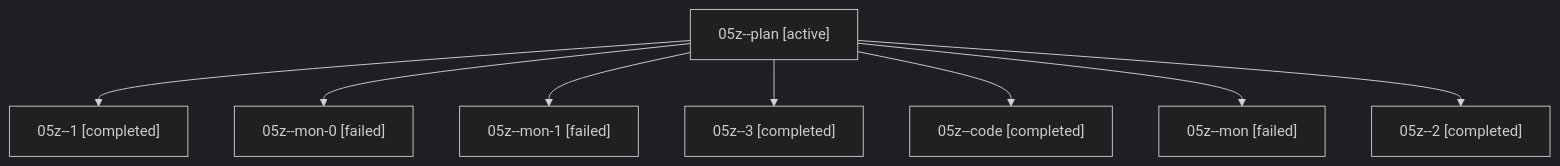
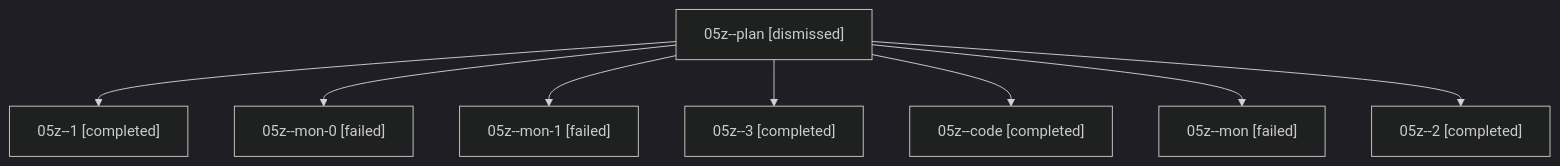
The diagram in sessions/bbugyi200.athena.05z.md (sase-org/sase--agents), drawn with Mermaid (dark theme) before and after one commit. The commit also changed other lines of this file and 41 other files, not shown here.

````diff
--- a/sessions/bbugyi200.athena.05z.md
+++ b/sessions/bbugyi200.athena.05z.md
@@ -9,18 +9,18 @@
 ```mermaid
 flowchart TD
-  n0["05z--plan [active]"]
+  n0["05z--plan [dismissed]"]
   n1["05z--1 [completed]"]
   n0 --> n1
   n2["05z--mon-0 [failed]"]
   n0 --> n2
   n3["05z--mon-1 [failed]"]
   n0 --> n3
   n4["05z--3 [completed]"]
   n0 --> n4
   n5["05z--code [completed]"]
   n0 --> n5
   n6["05z--mon [failed]"]
   n0 --> n6
   n7["05z--2 [completed]"]
   n0 --> n7
 ```
````
